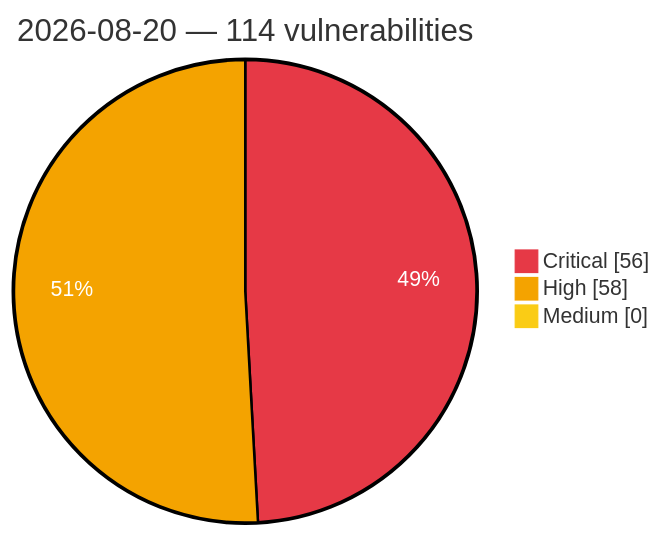
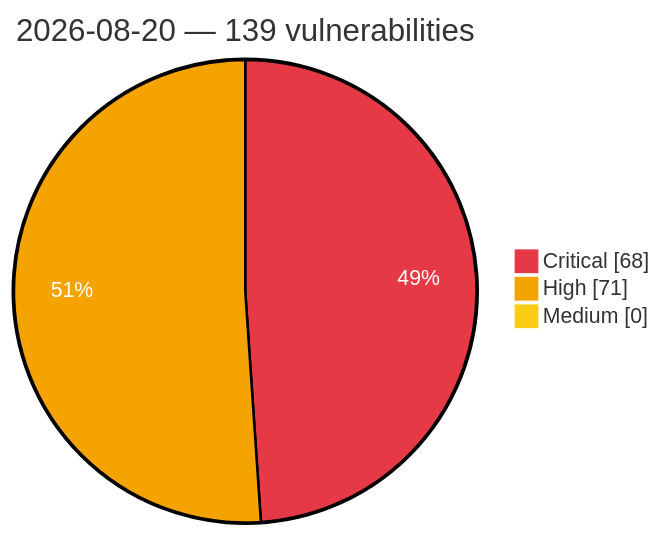
The diagram in vulnerabilities/2026/August/2026-08-20.md (GhostX0X/vuln-tracker), drawn with Mermaid before and after one commit. The commit also changed other lines of this file and 5 other files, not shown here.

Commit message:
Auto update: critical/high vulns (2026-08-20 22:55 UTC)

````diff
--- a/vulnerabilities/2026/August/2026-08-20.md
+++ b/vulnerabilities/2026/August/2026-08-20.md
@@ -3,8 +3,8 @@
 ```mermaid
 %%{init: {'theme':'base', 'themeVariables': {'pie1':'#e63946', 'pie2':'#f4a300', 'pie3':'#facc15', 'pieOpacity':'1', 'pieOuterStrokeWidth':'2px', 'pieSectionTextColor':'#ffffff'}}}%%
 pie showData
-    title 2026-08-20 — 114 vulnerabilities
-    "Critical" : 56
-    "High" : 58
+    title 2026-08-20 — 139 vulnerabilities
+    "Critical" : 68
+    "High" : 71
     "Medium" : 0
 ```
````
